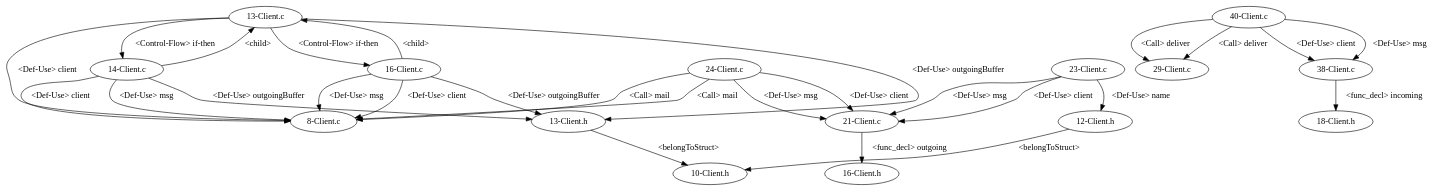
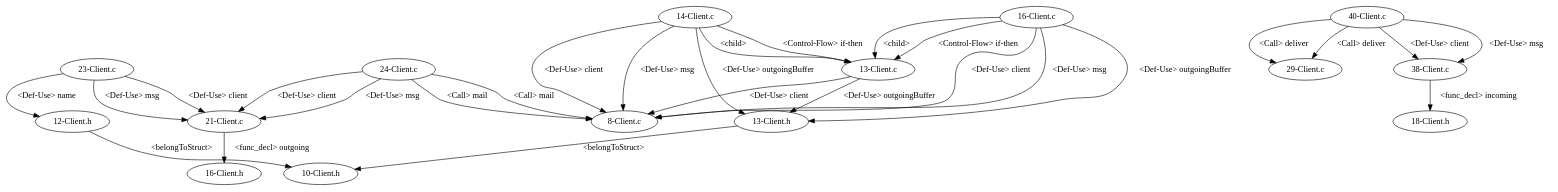
The diagram in testcpp/dependencyGraph/EmailSystem/test_12/graph.gv (shuiblue/JDimeForCpp), drawn with Graphviz before and after one commit. The commit also changed 10 other files, not shown here.

```diff
--- a/testcpp/dependencyGraph/EmailSystem/test_12/graph.gv
+++ b/testcpp/dependencyGraph/EmailSystem/test_12/graph.gv
@@ -1,44 +1,44 @@
 digraph {
 1 [label = "8-Client.c"];
 2 [label = "13-Client.c"];
 2 -> 1[label="<Def-Use> client"];
 3 [label = "14-Client.c"];
 3 -> 1[label="<Def-Use> client"];
 3 -> 1[label="<Def-Use> msg"];
 3 -> 2[label="<child>"];
 4 [label = "16-Client.c"];
 4 -> 1[label="<Def-Use> client"];
 4 -> 2[label="<child>"];
 4 -> 1[label="<Def-Use> msg"];
-2 -> 3[label="<Control-Flow> if-then"];
-2 -> 4[label="<Control-Flow> if-then"];
+3 -> 2[label="<Control-Flow> if-then"];
+4 -> 2[label="<Control-Flow> if-then"];
 5 [label = "21-Client.c"];
 6 [label = "23-Client.c"];
 6 -> 5[label="<Def-Use> msg"];
 6 -> 5[label="<Def-Use> client"];
 7 [label = "24-Client.c"];
 7 -> 1[label="<Call> mail"];
 7 -> 5[label="<Def-Use> client"];
 7 -> 5[label="<Def-Use> msg"];
 8 [label = "29-Client.c"];
 9 [label = "38-Client.c"];
 10 [label = "40-Client.c"];
 10 -> 8[label="<Call> deliver"];
 10 -> 9[label="<Def-Use> client"];
 10 -> 9[label="<Def-Use> msg"];
 11 [label = "10-Client.h"];
 12 [label = "12-Client.h"];
 13 [label = "13-Client.h"];
 12 -> 11[label="<belongToStruct>"];
 13 -> 11[label="<belongToStruct>"];
 14 [label = "16-Client.h"];
 15 [label = "18-Client.h"];
-10 -> 8[label="<Call> deliver"];
-6 -> 12[label="<Def-Use> name"];
 2 -> 13[label="<Def-Use> outgoingBuffer"];
 4 -> 13[label="<Def-Use> outgoingBuffer"];
+6 -> 12[label="<Def-Use> name"];
+3 -> 13[label="<Def-Use> outgoingBuffer"];
+10 -> 8[label="<Call> deliver"];
 7 -> 1[label="<Call> mail"];
-3 -> 13[label="<Def-Use> outgoingBuffer"];
 9 -> 15[label="<func_decl> incoming"];
 5 -> 14[label="<func_decl> outgoing"];
 }
```
